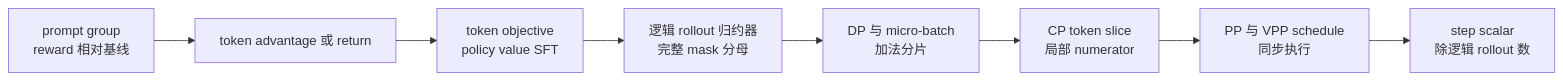
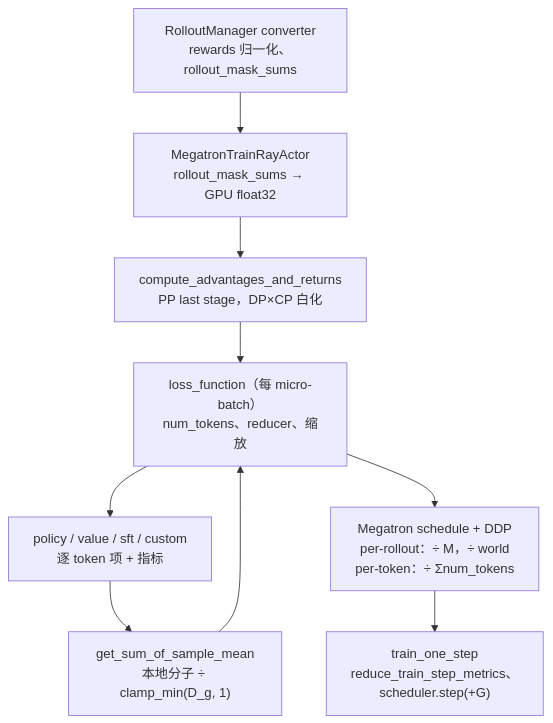
One commit to suhaibo666/llm-knowledge changed the diagram in wiki/02_engineering/04_posttrain_frameworks/slime/15_slime_loss_parallelism_analysis.md. Above: the diagram before and after it, drawn with Mermaid. The commit also changed other lines of this file and 89 other files, not shown here.

````diff
--- a/wiki/02_engineering/04_posttrain_frameworks/slime/15_slime_loss_parallelism_analysis.md
+++ b/wiki/02_engineering/04_posttrain_frameworks/slime/15_slime_loss_parallelism_analysis.md
@@ -28,10 +228,13 @@
 ```mermaid
-flowchart LR
-    PG["prompt group<br/>reward 相对基线"] --> ADV["token advantage 或 return"]
-    ADV --> OBJ["token objective<br/>policy value SFT"]
-    OBJ --> RID["逻辑 rollout 归约器<br/>完整 mask 分母"]
-    RID --> DP["DP 与 micro-batch<br/>加法分片"]
-    DP --> CP["CP token slice<br/>局部 numerator"]
-    CP --> PP["PP 与 VPP schedule<br/>同步执行"]
-    PP --> STEP["step scalar<br/>除逻辑 rollout 数"]
+flowchart TB
+    CV["RolloutManager converter<br/>rewards 归一化、rollout_mask_sums"]
+    AC["MegatronTrainRayActor<br/>rollout_mask_sums → GPU float32"]
+    ADV["compute_advantages_and_returns<br/>PP last stage，DP×CP 白化"]
+    LF["loss_function（每 micro-batch）<br/>num_tokens、reducer、缩放"]
+    OBJ["policy / value / sft / custom<br/>逐 token 项 + 指标"]
+    RD["get_sum_of_sample_mean<br/>本地分子 ÷ clamp_min(D_g, 1)"]
+    MG["Megatron schedule + DDP<br/>per-rollout：÷ M，÷ world<br/>per-token：÷ Σnum_tokens"]
+    TS["train_one_step<br/>reduce_train_step_metrics、scheduler.step(+G)"]
+    CV --> AC --> ADV --> LF --> OBJ --> RD
+    RD --> LF --> MG --> TS
 ```
````
